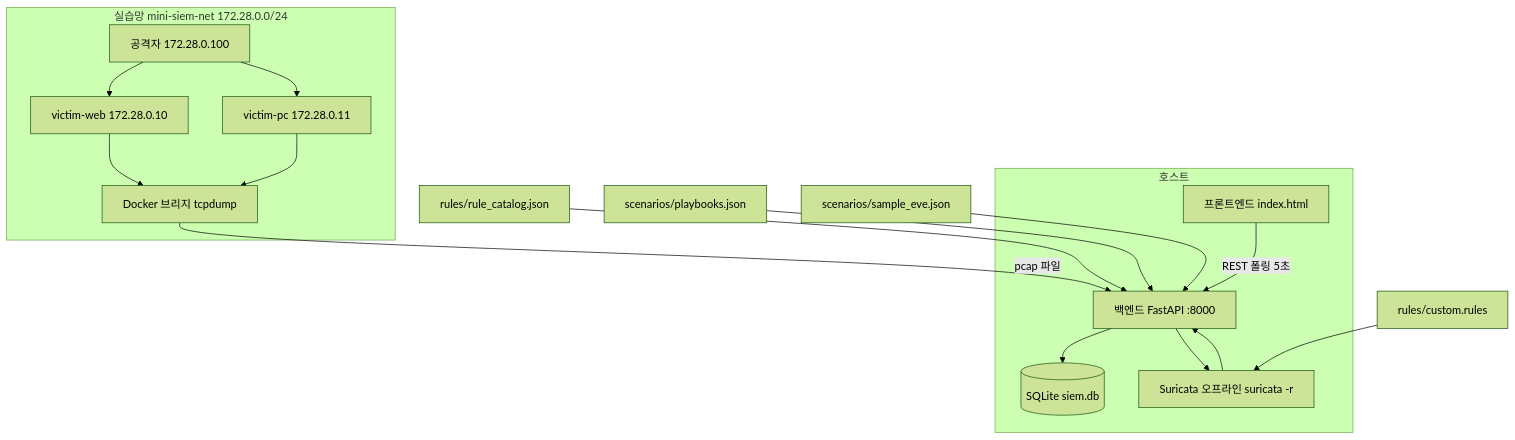
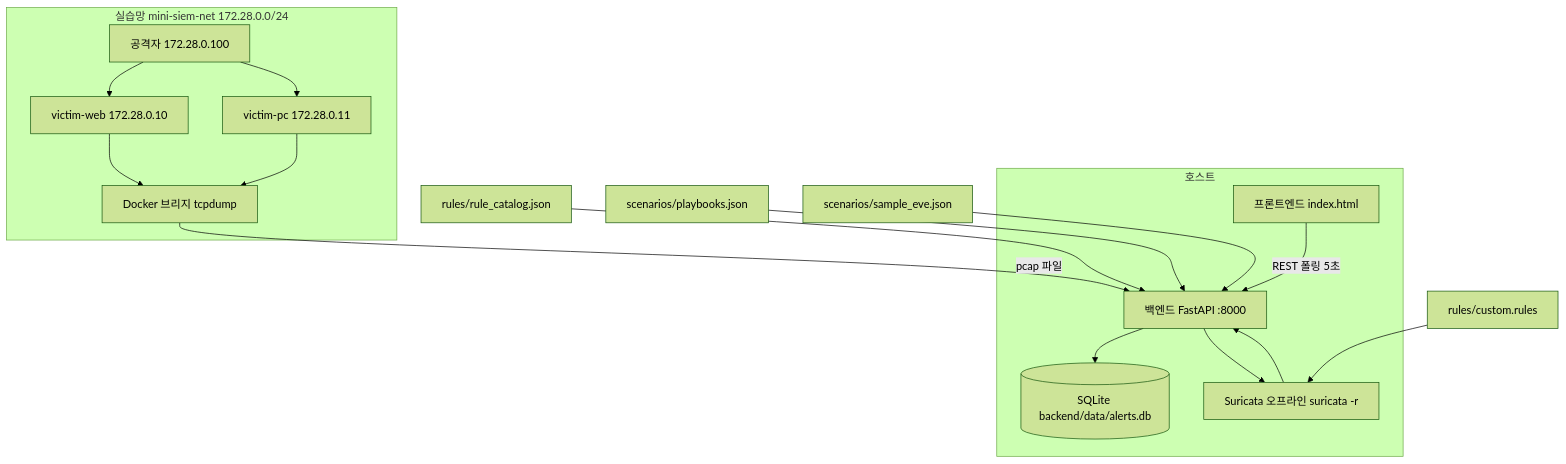
The first of 4 diagrams in docs/ARCHITECTURE.md (Weo0o0/RookiRooki), drawn with Mermaid (forest theme) before and after one commit. The commit also changed other lines of this file, not shown here.

Commit message:
docs: correct SQLite path to backend/data/alerts.db

````diff
--- a/docs/ARCHITECTURE.md
+++ b/docs/ARCHITECTURE.md
@@ -11,30 +11,30 @@
 ```mermaid
 flowchart TB
   subgraph Host["호스트"]
     UI["프론트엔드 index.html"]
     API["백엔드 FastAPI :8000"]
-    DB[("SQLite siem.db")]
+    DB[("SQLite backend/data/alerts.db")]
     Engine["Suricata 오프라인 suricata -r"]
     UI -->|"REST 폴링 5초"| API
     API --> DB
     API --> Engine
     Engine --> API
   end
 
   subgraph Lab["실습망 mini-siem-net 172.28.0.0/24"]
     Atk["공격자 172.28.0.100"]
     Web["victim-web 172.28.0.10"]
     Vpc["victim-pc 172.28.0.11"]
     Br["Docker 브리지 tcpdump"]
     Atk --> Web
     Atk --> Vpc
     Web --> Br
     Vpc --> Br
   end
 
   Br -->|"pcap 파일"| API
   Rules["rules/custom.rules"] --> Engine
   Catalog["rules/rule_catalog.json"] --> API
   Books["scenarios/playbooks.json"] --> API
   Sample["scenarios/sample_eve.json"] --> API
 ```
````
